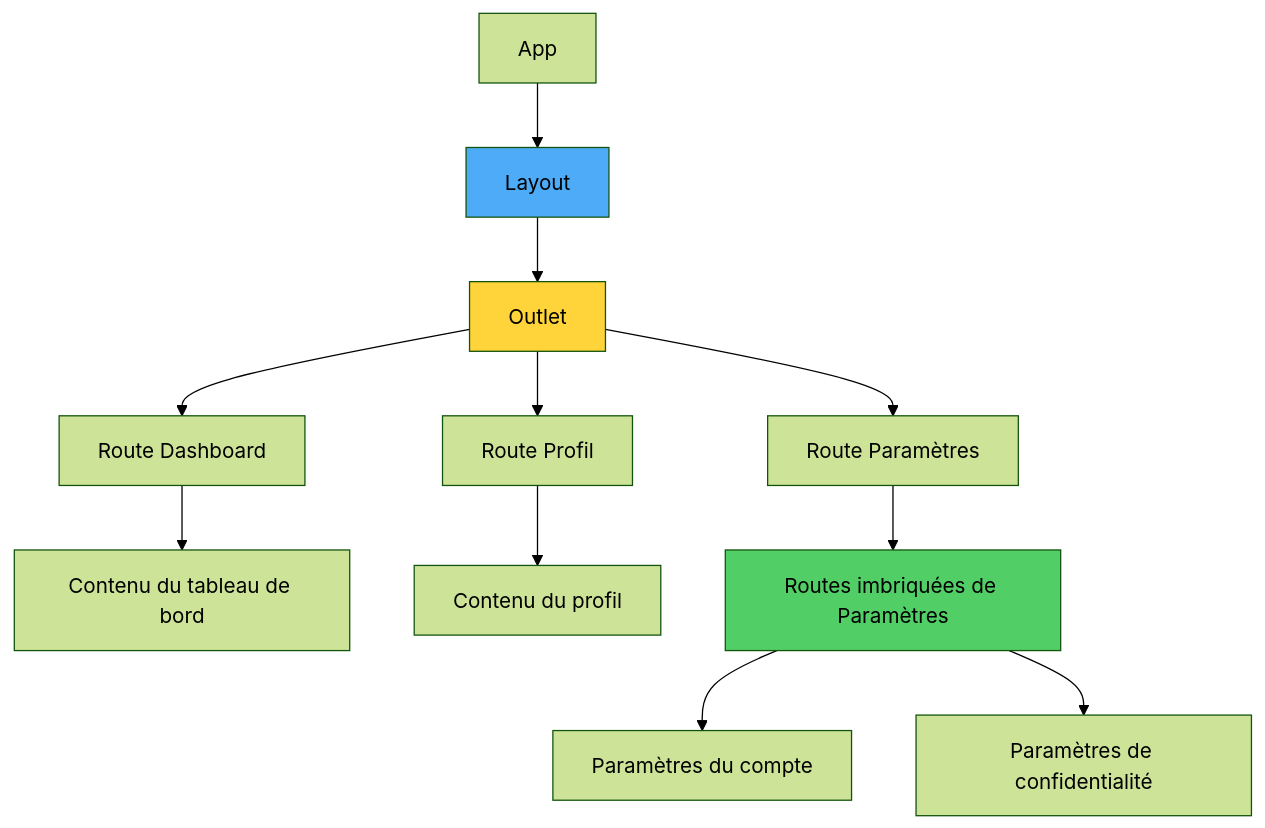
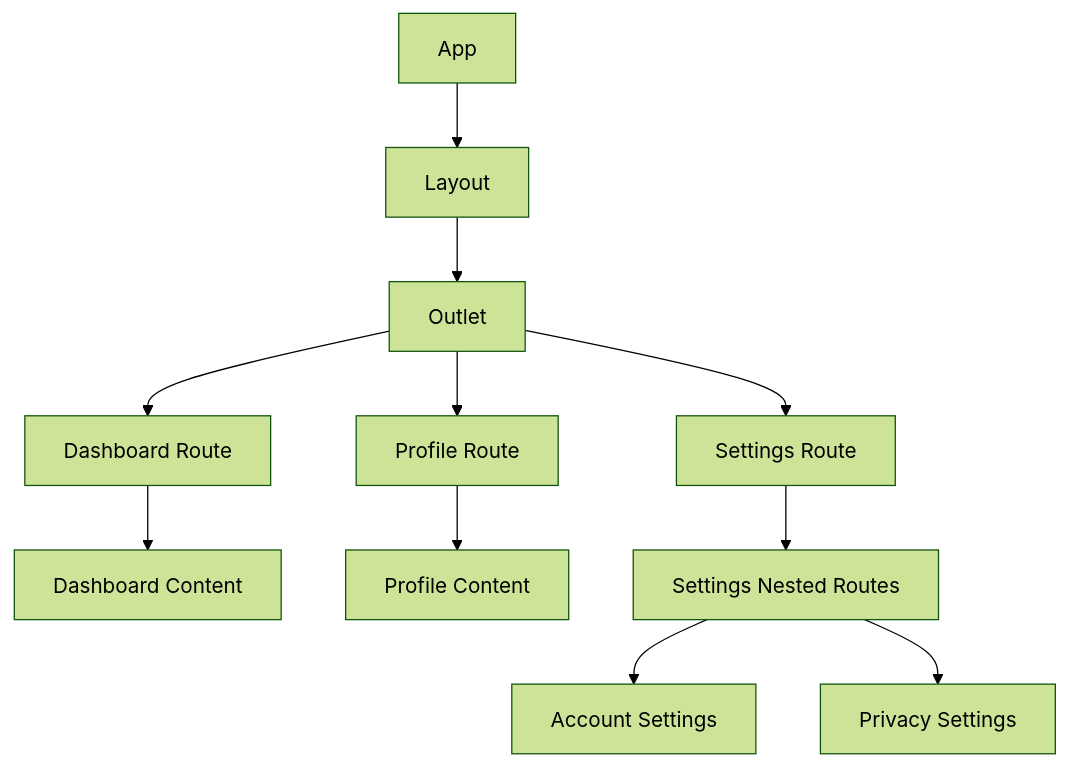
One commit to BabaScience/react-guides changed the third of 6 diagrams in arguments/chapters/fr/05-routing.md. Above: the diagram before and after it, drawn with Mermaid (forest theme). The commit also changed other lines of this file and 29 other files, not shown here.

First line of the commit message:
Bring React FR/IT translations to full English parity + theme-safe diagrams

````diff
--- a/arguments/chapters/fr/05-routing.md
+++ b/arguments/chapters/fr/05-routing.md
@@ -133,20 +770,17 @@
 ```mermaid
 graph TD
-    A["App"] --> B["Layout"]
-    B --> C["Outlet"]
-
-    C --> D["Route Dashboard"]
-    C --> E["Route Profil"]
-    C --> F["Route Paramètres"]
-
-    D --> G["Contenu du tableau de bord"]
-    E --> H["Contenu du profil"]
-    F --> I["Routes imbriquées de Paramètres"]
-
-    I --> J["Paramètres du compte"]
-    I --> K["Paramètres de confidentialité"]
-
-    style B fill:#4dabf7
-    style C fill:#ffd43b
-    style I fill:#51cf66
+    A[App] --> B[Layout]
+    B --> C[Outlet]
+    
+    C --> D[Dashboard Route]
+    C --> E[Profile Route]
+    C --> F[Settings Route]
+    
+    D --> G[Dashboard Content]
+    E --> H[Profile Content]
+    F --> I[Settings Nested Routes]
+    
+    I --> J[Account Settings]
+    I --> K[Privacy Settings]
+    
 ```
````
